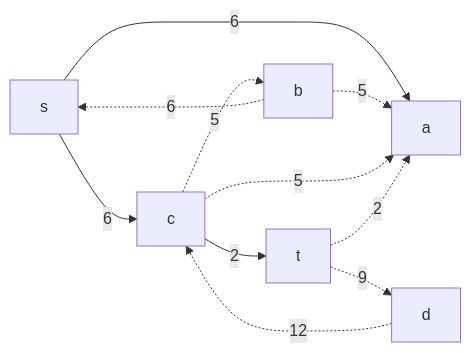
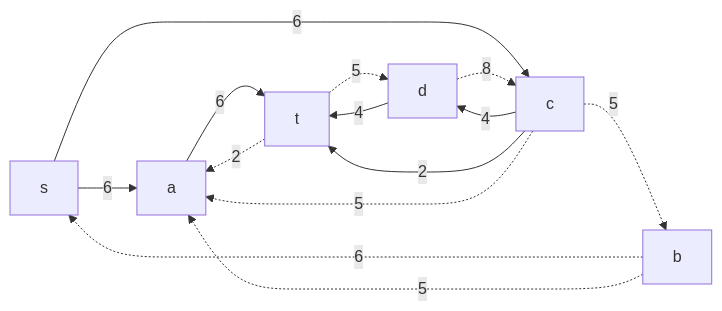
The ninth of 14 diagrams in task-9/tbd-v2.md (hse-algo-24-raven/manual-tasks-raven), drawn with Mermaid before and after one commit. The commit also changed other lines of this file, not shown here.

Commit message:
graphs fix

````diff
--- a/task-9/tbd-v2.md
+++ b/task-9/tbd-v2.md
@@ -144,13 +150,16 @@
 ```mermaid
 graph LR
     s-->|6|a
     b-.->|6|s
     s-->|6|c
     b-.->|5|a
     c-.->|5|b
-    d-.->|12|c
+    d-.->|8|c
+    c-->|4|d
     c-->|2|t
-    t-.->|9|d
+    t-.->|5|d
+    d-->|4|t
     c-.->|5|a
     t-.->|2|a
+    a-->|6|t
 ```
````
